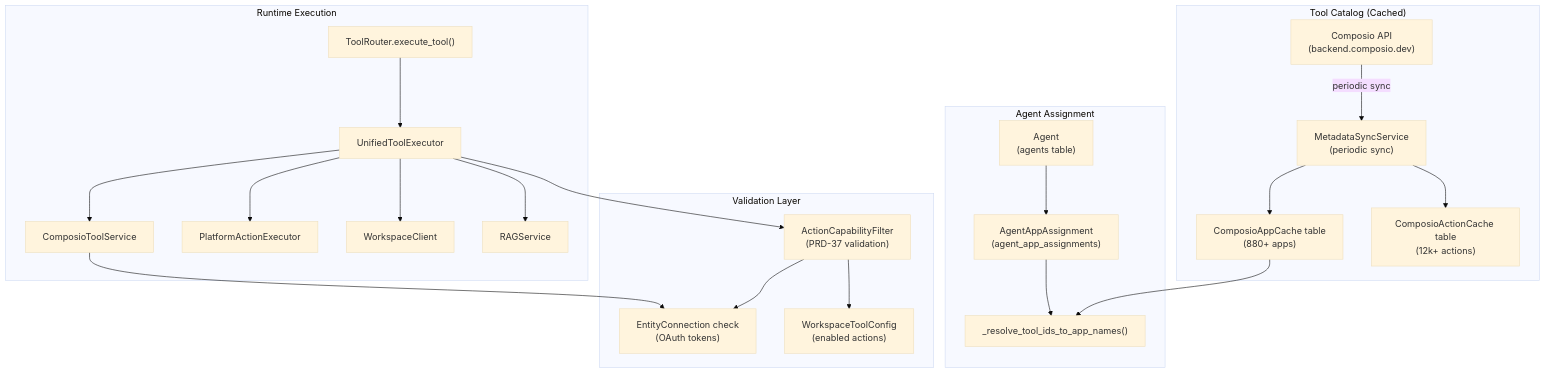
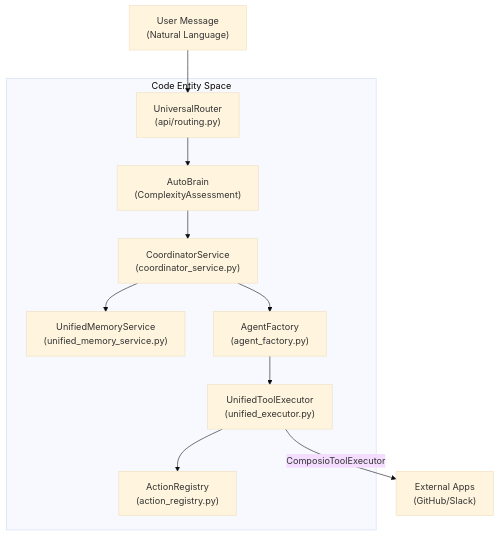
Before and after one commit to AutomatosAI/automatos-ai: the second of 2 diagrams in docs/overview/key-concepts.md, drawn with Mermaid (base theme). The commit also changed other lines of this file and 149 other files, not shown here.

Commit message:
docs: refresh documentation with graphify semantic scan

````diff
--- a/docs/overview/key-concepts.md
+++ b/docs/overview/key-concepts.md
@@ -579,50 +184,23 @@
 ```mermaid
-graph TB
-    subgraph "Tool Catalog (Cached)"
-        ComposioAPI["Composio API<br/>(backend.composio.dev)"]
-        AppCache["ComposioAppCache table<br/>(880+ apps)"]
-        ActionCache["ComposioActionCache table<br/>(12k+ actions)"]
-        MetadataSync["MetadataSyncService<br/>(periodic sync)"]
+graph TD
+    User["User Message<br/>(Natural Language)"]
+    
+    subgraph "Code Entity Space"
+        Router["UniversalRouter<br/>(api/routing.py)"]
+        Complexity["AutoBrain<br/>(ComplexityAssessment)"]
+        Coordinator["CoordinatorService<br/>(coordinator_service.py)"]
+        MemService["UnifiedMemoryService<br/>(unified_memory_service.py)"]
+        Factory["AgentFactory<br/>(agent_factory.py)"]
+        ActionReg["ActionRegistry<br/>(action_registry.py)"]
+        Exec["UnifiedToolExecutor<br/>(unified_executor.py)"]
     end
     
-    subgraph "Agent Assignment"
-        AgentModel["Agent<br/>(agents table)"]
-        Assignment["AgentAppAssignment<br/>(agent_app_assignments)"]
-        ToolResolution["_resolve_tool_ids_to_app_names()"]
-    end
-    
-    subgraph "Runtime Execution"
-        ToolRouter["ToolRouter.execute_tool()"]
-        UnifiedExec["UnifiedToolExecutor"]
-        ComposioExec["ComposioToolService"]
-        PlatformExec["PlatformActionExecutor"]
-        WorkspaceExec["WorkspaceClient"]
-        RAGExec["RAGService"]
-    end
-    
-    subgraph "Validation Layer"
-        ActionFilter["ActionCapabilityFilter<br/>(PRD-37 validation)"]
-        ConnCheck["EntityConnection check<br/>(OAuth tokens)"]
-        ConfigCheck["WorkspaceToolConfig<br/>(enabled actions)"]
-    end
-    
-    ComposioAPI -->|"periodic sync"| MetadataSync
-    MetadataSync --> AppCache
-    MetadataSync --> ActionCache
-    
-    AppCache --> ToolResolution
-    AgentModel --> Assignment
-    Assignment --> ToolResolution
-    
-    ToolRouter --> UnifiedExec
-    UnifiedExec --> ActionFilter
-    ActionFilter --> ConnCheck
-    ActionFilter --> ConfigCheck
-    
-    UnifiedExec --> ComposioExec
-    UnifiedExec --> PlatformExec
-    UnifiedExec --> WorkspaceExec
-    UnifiedExec --> RAGExec
-    
-    ComposioExec --> ConnCheck
+    User --> Router
+    Router --> Complexity
+    Complexity --> Coordinator
+    Coordinator --> MemService
+    Coordinator --> Factory
+    Factory --> Exec
+    Exec --> ActionReg
+    Exec -->|"ComposioToolExecutor"| External["External Apps<br/>(GitHub/Slack)"]
 ```
````
